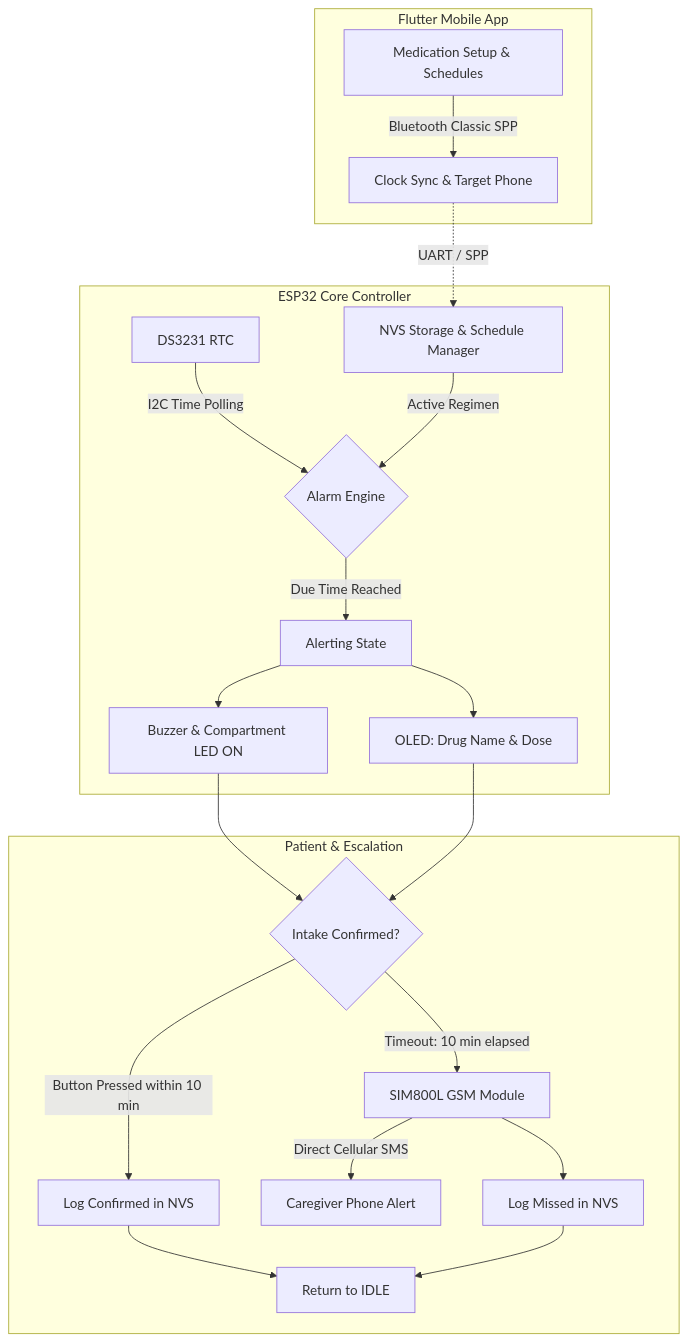
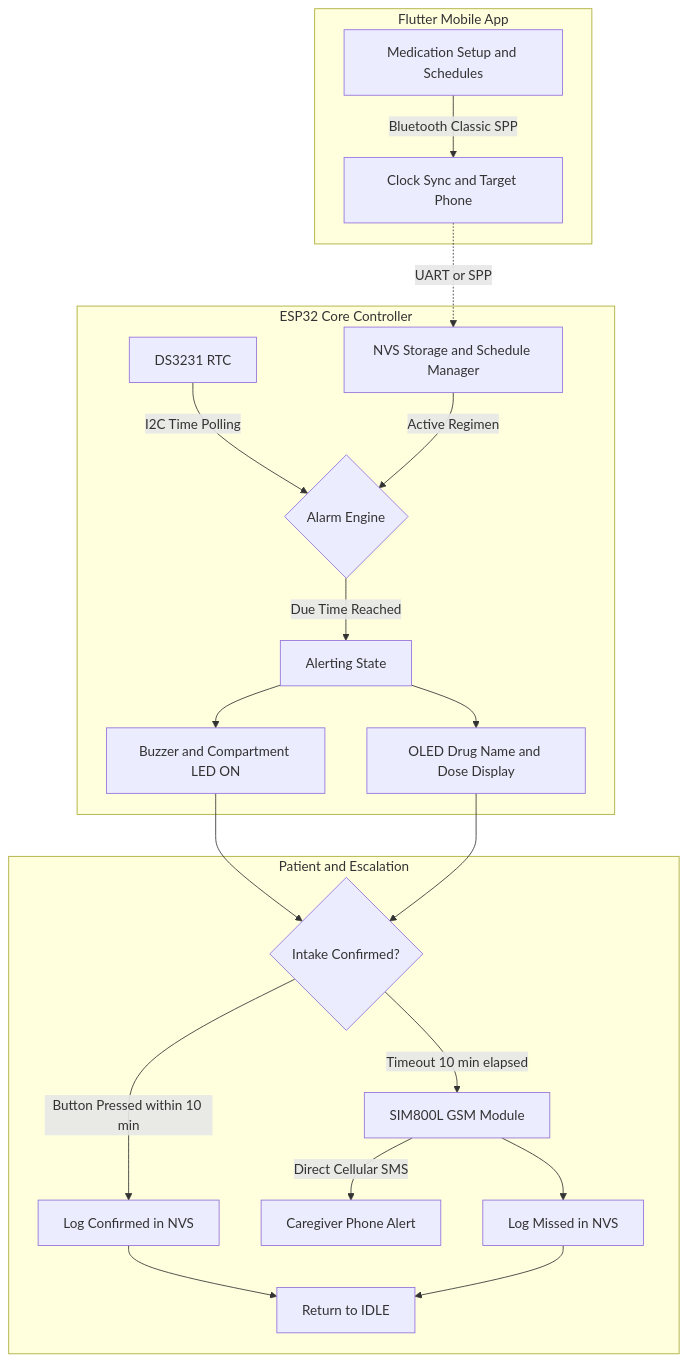
The diagram in README.md (SalahLai/carebox-medication-dispenser), drawn with Mermaid before and after one commit. The commit also changed other lines of this file, not shown here.

Commit message:
docs: replace reserved symbols (&, colons, slashes) in Mermaid diagram

````diff
--- a/README.md
+++ b/README.md
@@ -60,27 +60,27 @@
 ```mermaid
-flowchart TD
+graph TD
     subgraph MobileApp [Flutter Mobile App]
-        A[Medication Setup & Schedules] -->|Bluetooth Classic SPP| B[Clock Sync & Target Phone]
+        A[Medication Setup and Schedules] -->|Bluetooth Classic SPP| B[Clock Sync and Target Phone]
     end
 
     subgraph ESP32Core [ESP32 Core Controller]
-        B -.->|UART / SPP| C[NVS Storage & Schedule Manager]
+        B -.->|UART or SPP| C[NVS Storage and Schedule Manager]
         D[DS3231 RTC] -->|I2C Time Polling| E{Alarm Engine}
         C -->|Active Regimen| E
         
         E -->|Due Time Reached| F[Alerting State]
-        F --> G[Buzzer & Compartment LED ON]
-        F --> H[OLED: Drug Name & Dose]
+        F --> G[Buzzer and Compartment LED ON]
+        F --> H[OLED Drug Name and Dose Display]
     end
 
-    subgraph PatientInteraction [Patient & Escalation]
+    subgraph Escalation [Patient and Escalation]
         G --> I{Intake Confirmed?}
         H --> I
         I -->|Button Pressed within 10 min| J[Log Confirmed in NVS]
         J --> K[Return to IDLE]
-        I -->|Timeout: 10 min elapsed| L[SIM800L GSM Module]
+        I -->|Timeout 10 min elapsed| L[SIM800L GSM Module]
         L -->|Direct Cellular SMS| M[Caregiver Phone Alert]
         L --> N[Log Missed in NVS]
         N --> K
     end
 ```
````
